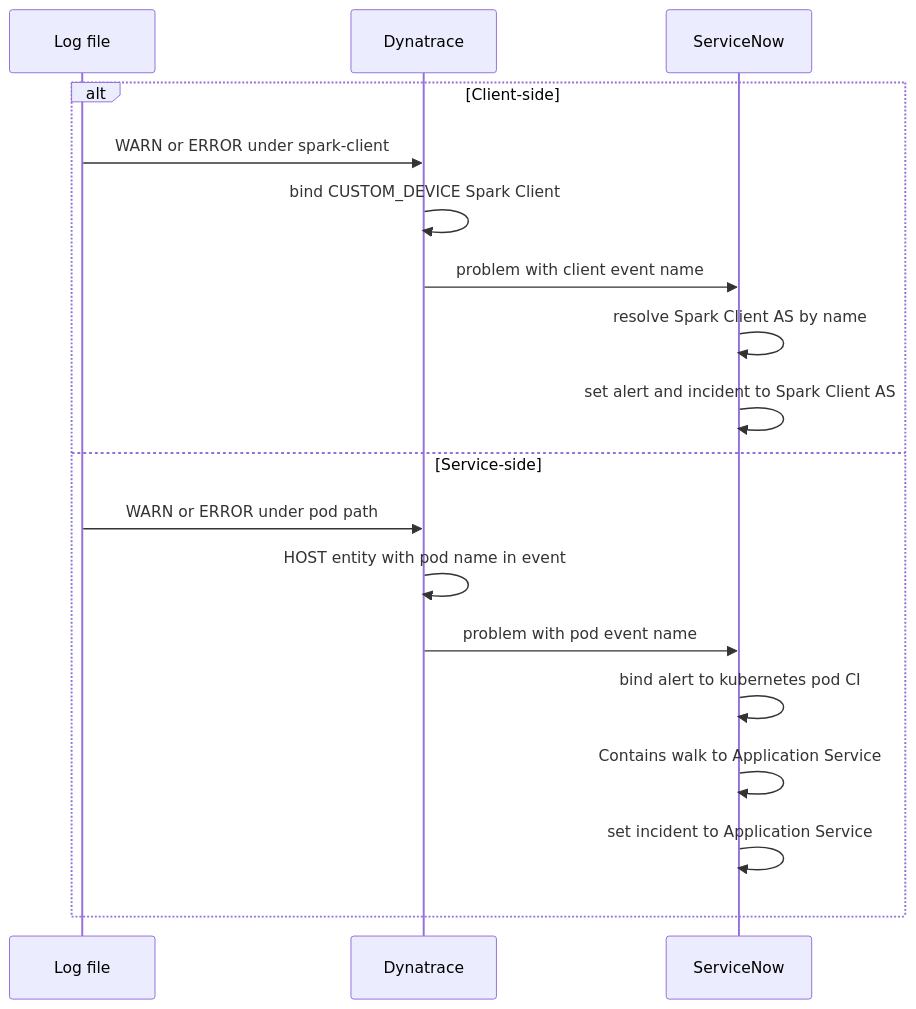
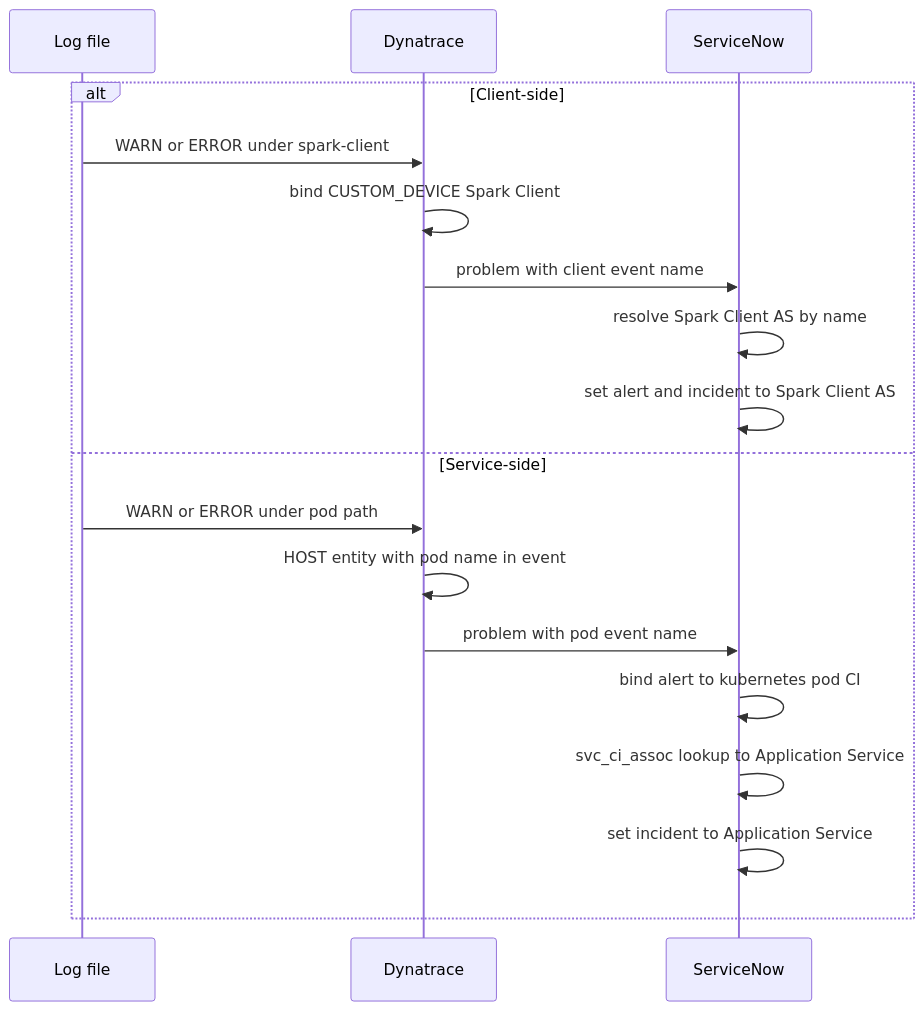
Before and after one commit to gxbrooks/spark-observability: the third of 3 diagrams in servicenow/docs/Log_to_Incident/CMDB_Mapping.md, drawn with Mermaid. The commit also changed other lines of this file and 63 other files, not shown here.

First line of the commit message:
Align ServiceNow service instances on a single display-name tag and svc_ci_assoc.

````diff
--- a/servicenow/docs/Log_to_Incident/CMDB_Mapping.md
+++ b/servicenow/docs/Log_to_Incident/CMDB_Mapping.md
@@ -166,21 +166,21 @@
 ```mermaid
 sequenceDiagram
   participant Log as Log file
   participant DT as Dynatrace
   participant SN as ServiceNow
 
   alt Client-side
     Log->>DT: WARN or ERROR under spark-client
     DT->>DT: bind CUSTOM_DEVICE Spark Client
     DT->>SN: problem with client event name
     SN->>SN: resolve Spark Client AS by name
     SN->>SN: set alert and incident to Spark Client AS
   else Service-side
     Log->>DT: WARN or ERROR under pod path
     DT->>DT: HOST entity with pod name in event
     DT->>SN: problem with pod event name
     SN->>SN: bind alert to kubernetes pod CI
-    SN->>SN: Contains walk to Application Service
+    SN->>SN: svc_ci_assoc lookup to Application Service
     SN->>SN: set incident to Application Service
   end
 ```
````
